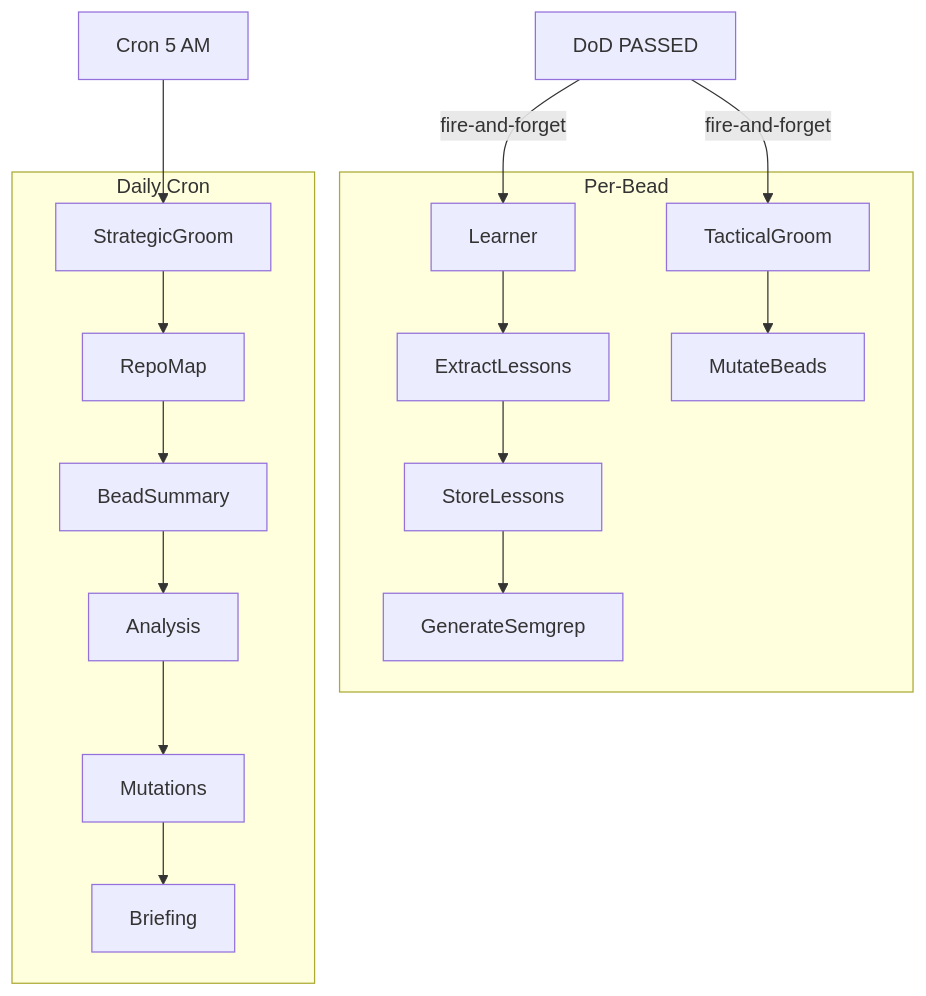
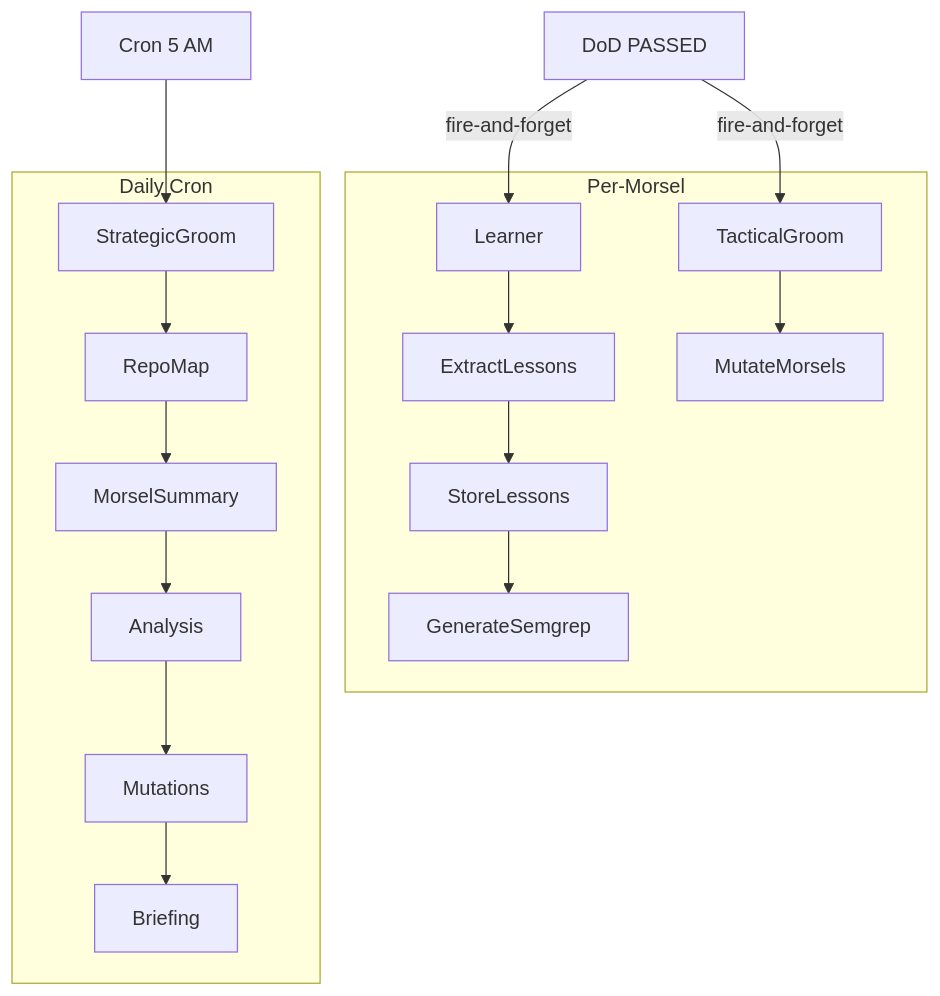
One commit to Heikkila-Pty-Ltd/chum changed the fourth of 5 diagrams in docs/architecture/ARCHITECTURE.md. Above: the diagram before and after it, drawn with Mermaid. The commit also changed other lines of this file and 81 other files, not shown here.

First line of the commit message:
rename: bead → morsel across entire codebase

````diff
--- a/docs/architecture/ARCHITECTURE.md
+++ b/docs/architecture/ARCHITECTURE.md
@@ -120,14 +120,14 @@
 ```mermaid
 graph TB
-    subgraph Fast["Per-Bead"]
+    subgraph Fast["Per-Morsel"]
         CL["Learner"] --> EL["ExtractLessons"] --> SL["StoreLessons"] --> GR["GenerateSemgrep"]
-        TG["TacticalGroom"] --> MB["MutateBeads"]
+        TG["TacticalGroom"] --> MB["MutateMorsels"]
     end
 
     subgraph Slow["Daily Cron"]
-        SG["StrategicGroom"] --> RM["RepoMap"] --> BS["BeadSummary"] --> SA["Analysis"] --> AM["Mutations"] --> BF["Briefing"]
+        SG["StrategicGroom"] --> RM["RepoMap"] --> BS["MorselSummary"] --> SA["Analysis"] --> AM["Mutations"] --> BF["Briefing"]
     end
 
     DoD["DoD PASSED"] -->|fire-and-forget| CL & TG
     CRON["Cron 5 AM"] --> SG
 ```
````
